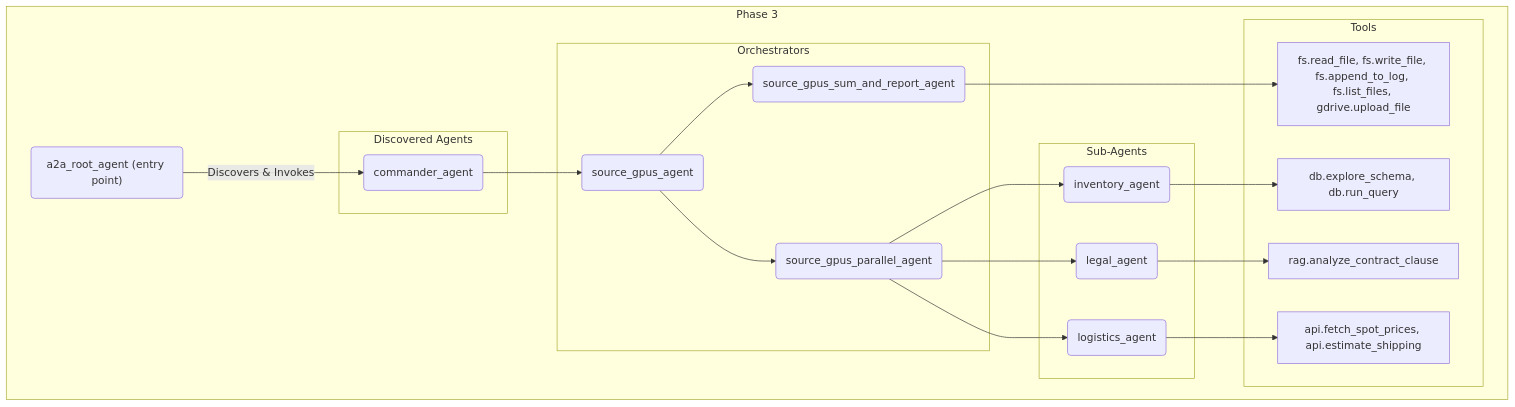
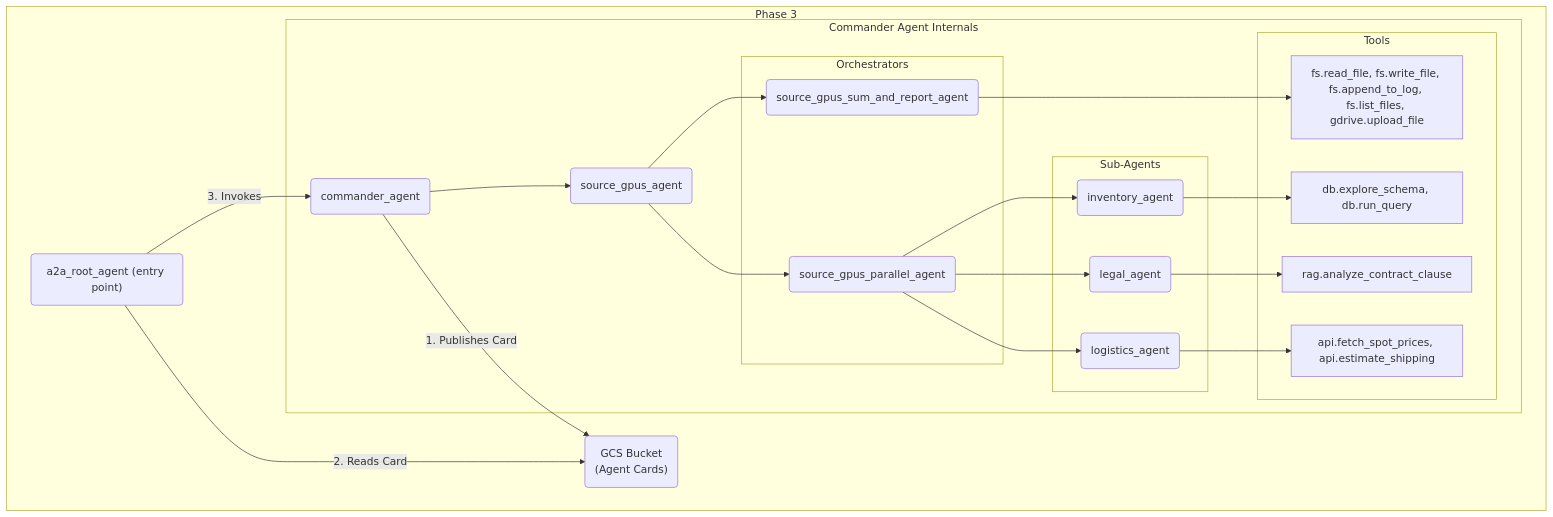
The third of 3 diagrams in README.md (misha-chertushkin/gpu_procurement_lab), drawn with Mermaid before and after one commit.

Commit message:
doc: Added phase 3 diagram.

````diff
--- a/README.md
+++ b/README.md
@@ -152,45 +152,44 @@
 ```mermaid
 graph TD
     subgraph "Phase 3"
         a2a_root_agent_P3("a2a_root_agent (entry point)");
-        
-        subgraph "Discovered Agents"
-            commander_agent_P3("commander_agent");
+        gcs_bucket_P3("GCS Bucket</br>(Agent Cards)");
+        commander_agent_P3("commander_agent");
+
+        commander_agent_P3 -- "1. Publishes Card" --> gcs_bucket_P3;
+        a2a_root_agent_P3 -- "2. Reads Card" --> gcs_bucket_P3;
+        a2a_root_agent_P3 -- "3. Invokes" --> commander_agent_P3;
+
+        subgraph "Commander Agent Internals"
+            commander_agent_P3 --> source_gpus_agent_P3("source_gpus_agent");
+
+            subgraph "Orchestrators"
+                source_gpus_parallel_agent_P3("source_gpus_parallel_agent");
+                source_gpus_merge_agent_P3("source_gpus_sum_and_report_agent");
+            end
+
+            subgraph "Sub-Agents"
+                inventory_agent_P3("inventory_agent");
+                legal_agent_P3("legal_agent");
+                logistics_agent_P3("logistics_agent");
+            end
+
+            subgraph "Tools"
+                MergeTools_P3["fs.read_file, fs.write_file, fs.append_to_log, fs.list_files, gdrive.upload_file"];
+                InventoryTools_P3["db.explore_schema, db.run_query"];
+                LegalTools_P3["rag.analyze_contract_clause"];
+                LogisticsTools_P3["api.fetch_spot_prices, api.estimate_shipping"];
+            end
+
+            source_gpus_agent_P3 --> source_gpus_parallel_agent_P3;
+            source_gpus_agent_P3 --> source_gpus_merge_agent_P3;
+            source_gpus_parallel_agent_P3 --> inventory_agent_P3;
+            source_gpus_parallel_agent_P3 --> legal_agent_P3;
+            source_gpus_parallel_agent_P3 --> logistics_agent_P3;
+            source_gpus_merge_agent_P3 --> MergeTools_P3;
+            inventory_agent_P3 --> InventoryTools_P3;
+            legal_agent_P3 --> LegalTools_P3;
+            logistics_agent_P3 --> LogisticsTools_P3;
         end
-        
-        a2a_root_agent_P3 -- "Discovers & Invokes" --> commander_agent_P3;
-
-        subgraph "Orchestrators"
-            source_gpus_agent_P3("source_gpus_agent");
-            source_gpus_parallel_agent_P3("source_gpus_parallel_agent");
-            source_gpus_merge_agent_P3("source_gpus_sum_and_report_agent");
-        end
-
-        subgraph "Sub-Agents"
-            inventory_agent_P3("inventory_agent");
-            legal_agent_P3("legal_agent");
-            logistics_agent_P3("logistics_agent");
-        end
-
-        subgraph "Tools"
-            MergeTools_P3["fs.read_file, fs.write_file, fs.append_to_log, fs.list_files, gdrive.upload_file"];
-            InventoryTools_P3["db.explore_schema, db.run_query"];
-            LegalTools_P3["rag.analyze_contract_clause"];
-            LogisticsTools_P3["api.fetch_spot_prices, api.estimate_shipping"];
-        end
-
-        commander_agent_P3 --> source_gpus_agent_P3;
-
-        source_gpus_agent_P3 --> source_gpus_parallel_agent_P3;
-        source_gpus_agent_P3 --> source_gpus_merge_agent_P3;
-
-        source_gpus_parallel_agent_P3 --> inventory_agent_P3;
-        source_gpus_parallel_agent_P3 --> legal_agent_P3;
-        source_gpus_parallel_agent_P3 --> logistics_agent_P3;
-
-        source_gpus_merge_agent_P3 --> MergeTools_P3;
-        inventory_agent_P3 --> InventoryTools_P3;
-        legal_agent_P3 --> LegalTools_P3;
-        logistics_agent_P3 --> LogisticsTools_P3;
     end
 ```
````
